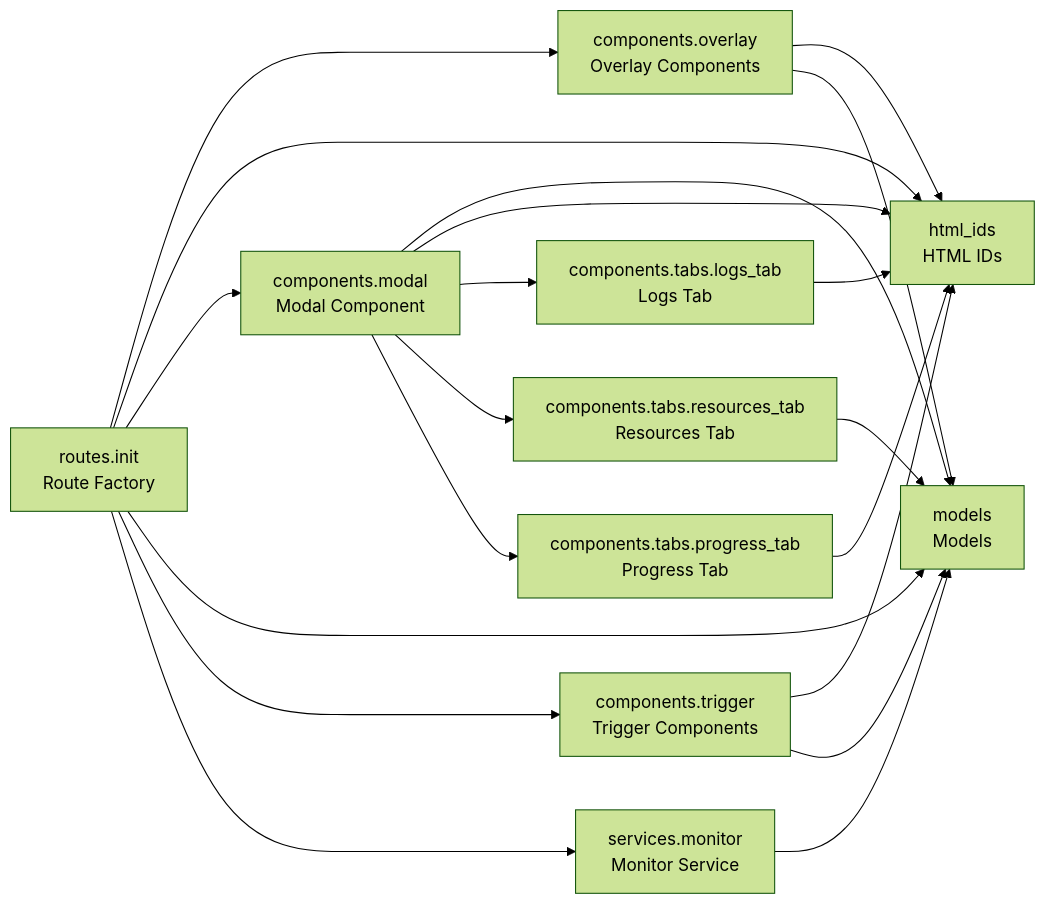
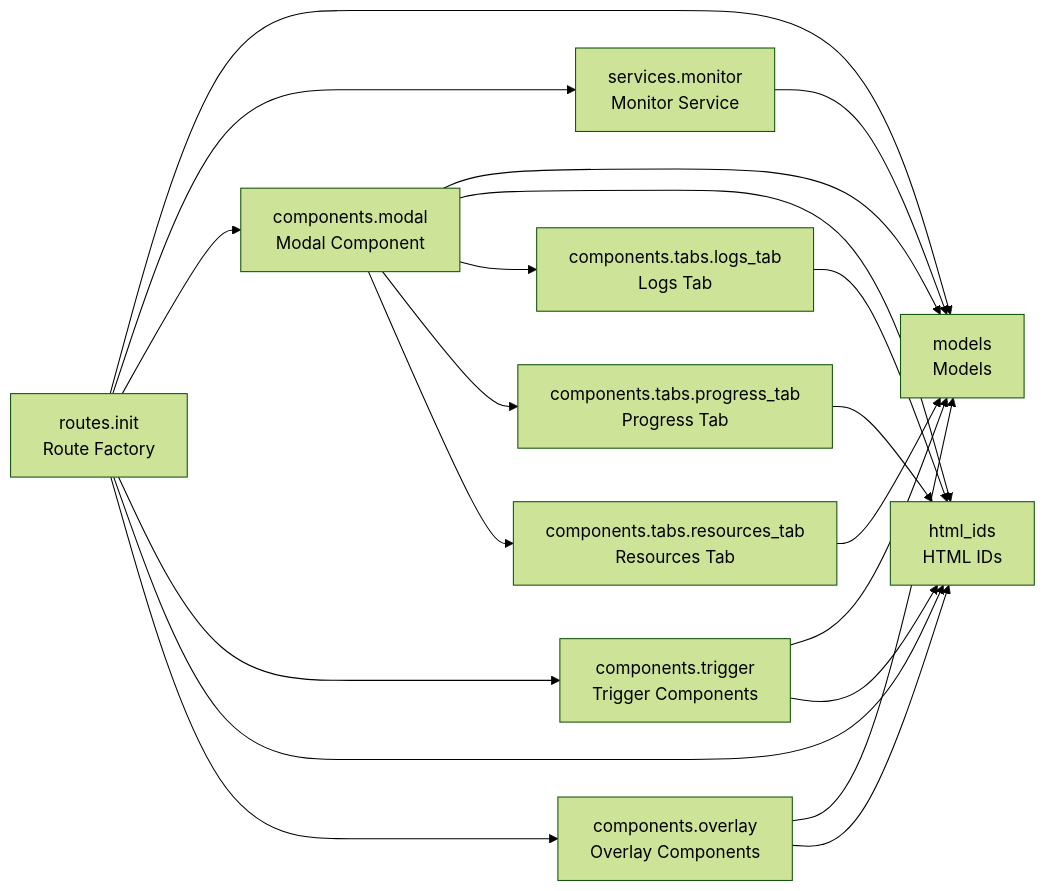
The diagram in README.md (cj-mills/cjm-fasthtml-job-monitor), drawn with Mermaid (forest theme) before and after one commit. The commit also changed other lines of this file and 4 other files, not shown here.

````diff
--- a/README.md
+++ b/README.md
@@ -34,33 +34,33 @@
 ``` mermaid
 graph LR
     components_modal[components.modal<br/>Modal Component]
     components_overlay[components.overlay<br/>Overlay Components]
     components_tabs_logs_tab[components.tabs.logs_tab<br/>Logs Tab]
     components_tabs_progress_tab[components.tabs.progress_tab<br/>Progress Tab]
     components_tabs_resources_tab[components.tabs.resources_tab<br/>Resources Tab]
     components_trigger[components.trigger<br/>Trigger Components]
     html_ids[html_ids<br/>HTML IDs]
     models[models<br/>Models]
     routes_init[routes.init<br/>Route Factory]
     services_monitor[services.monitor<br/>Monitor Service]
 
     components_modal --> models
     components_modal --> html_ids
     components_modal --> components_tabs_logs_tab
+    components_modal --> components_tabs_progress_tab
     components_modal --> components_tabs_resources_tab
-    components_modal --> components_tabs_progress_tab
+    components_overlay --> models
     components_overlay --> html_ids
-    components_overlay --> models
     components_tabs_logs_tab --> html_ids
     components_tabs_progress_tab --> html_ids
     components_tabs_resources_tab --> models
+    components_trigger --> models
     components_trigger --> html_ids
-    components_trigger --> models
+    routes_init --> models
+    routes_init --> services_monitor
+    routes_init --> components_modal
+    routes_init --> components_trigger
+    routes_init --> html_ids
     routes_init --> components_overlay
-    routes_init --> html_ids
-    routes_init --> components_modal
-    routes_init --> models
-    routes_init --> components_trigger
-    routes_init --> services_monitor
     services_monitor --> models
 ```
````
